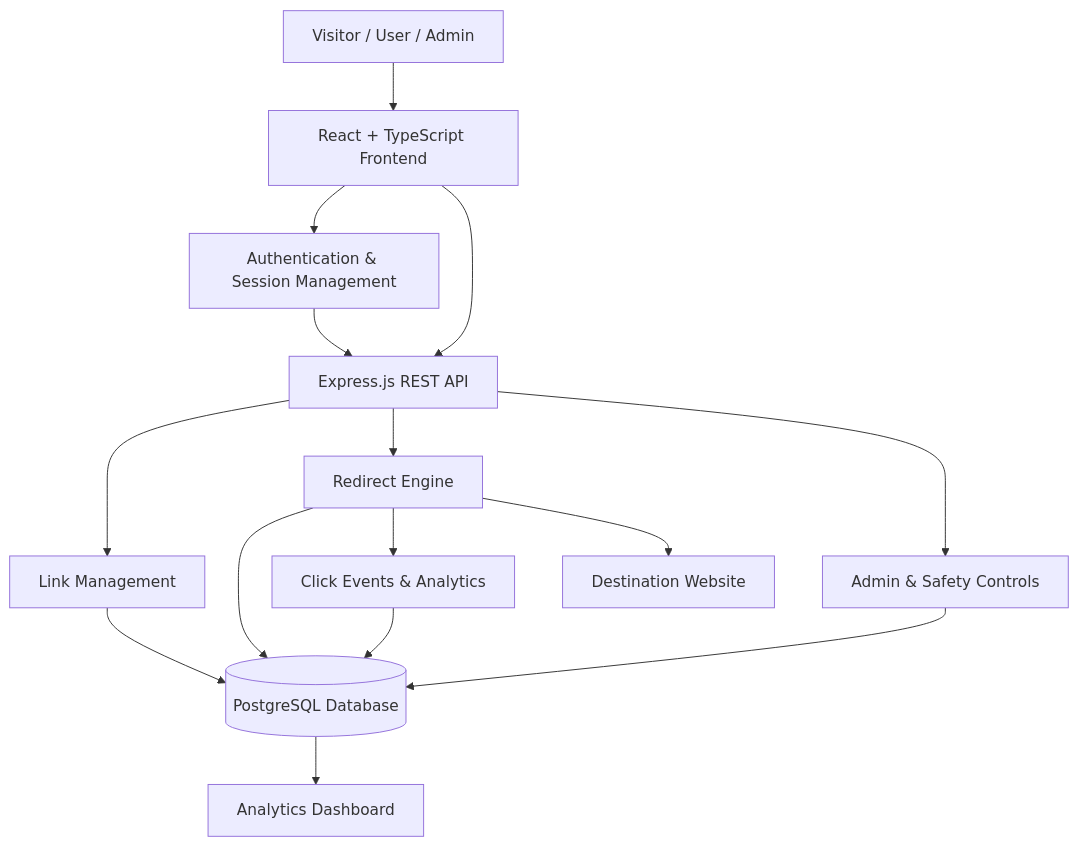
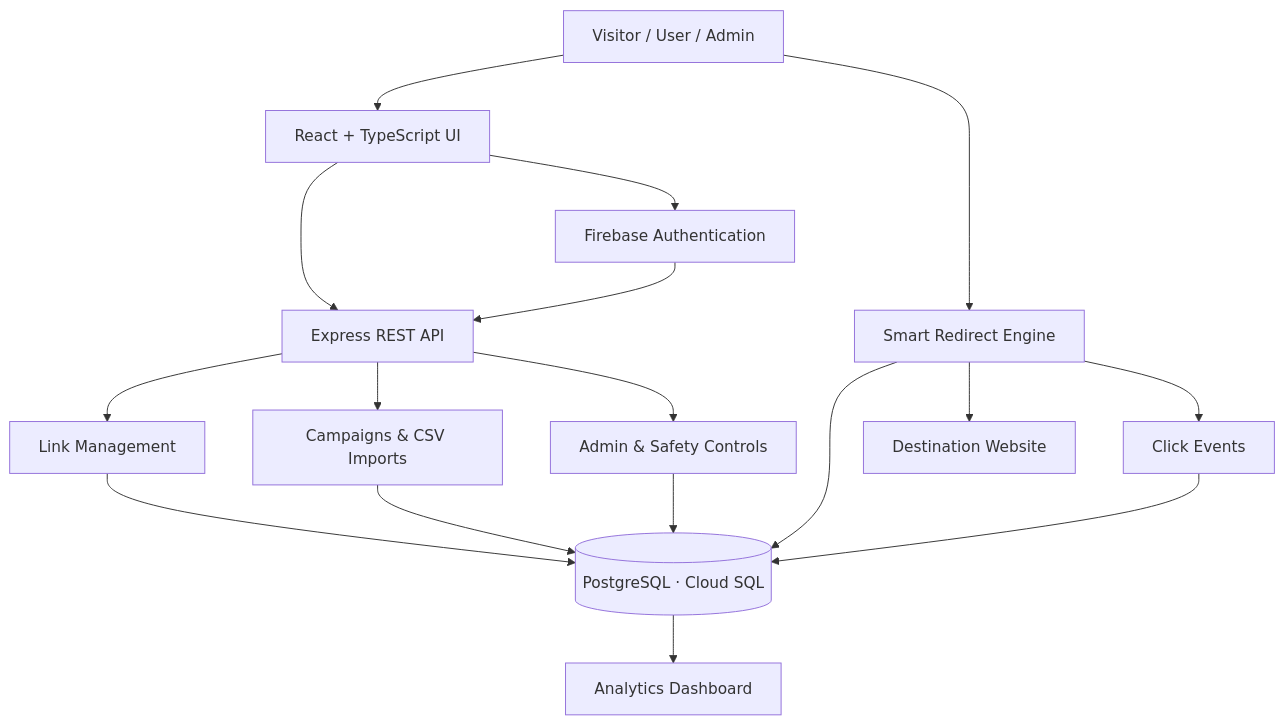
Before and after one commit to SurajRawatr07/LinkPulse: the first of 2 diagrams in README.md, drawn with Mermaid. The commit also changed other lines of this file, not shown here.

````diff
--- a/README.md
+++ b/README.md
@@ -58,29 +71,32 @@
 ```mermaid
 flowchart TD
-    A["Visitor / User / Admin"]
-    B["React + TypeScript Frontend"]
-    C["Authentication & Session Management"]
-    D["Express.js REST API"]
-    E["Link Management"]
-    F["Redirect Engine"]
-    G["Click Events & Analytics"]
-    H["Admin & Safety Controls"]
-    I[("PostgreSQL Database")]
-    J["Analytics Dashboard"]
-    K["Destination Website"]
+    U["Visitor / User / Admin"]
+    UI["React + TypeScript UI"]
+    AUTH["Firebase Authentication"]
+    API["Express REST API"]
+    LINKS["Link Management"]
+    CAMPAIGNS["Campaigns & CSV Imports"]
+    REDIRECT["Smart Redirect Engine"]
+    SAFETY["Admin & Safety Controls"]
+    DB[("PostgreSQL · Cloud SQL")]
+    EVENTS["Click Events"]
+    DASH["Analytics Dashboard"]
+    DEST["Destination Website"]
 
-    A --> B
-    B --> C
-    C --> D
-    B --> D
-    D --> E
-    D --> F
-    D --> H
-    E --> I
-    F --> I
-    F --> G
-    G --> I
-    H --> I
-    I --> J
-    F --> K
+    U --> UI
+    UI --> AUTH
+    UI --> API
+    AUTH --> API
+    API --> LINKS
+    API --> CAMPAIGNS
+    API --> SAFETY
+    LINKS --> DB
+    CAMPAIGNS --> DB
+    SAFETY --> DB
+    U --> REDIRECT
+    REDIRECT --> DB
+    REDIRECT --> EVENTS
+    EVENTS --> DB
+    DB --> DASH
+    REDIRECT --> DEST
 ```
````
